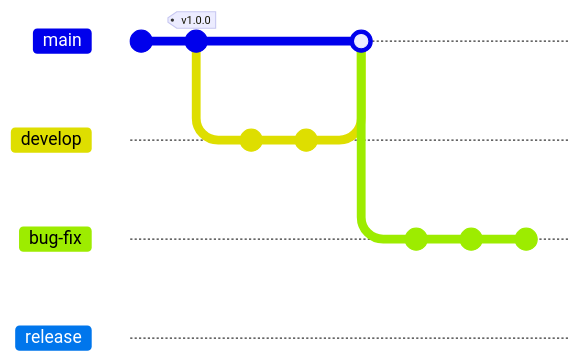
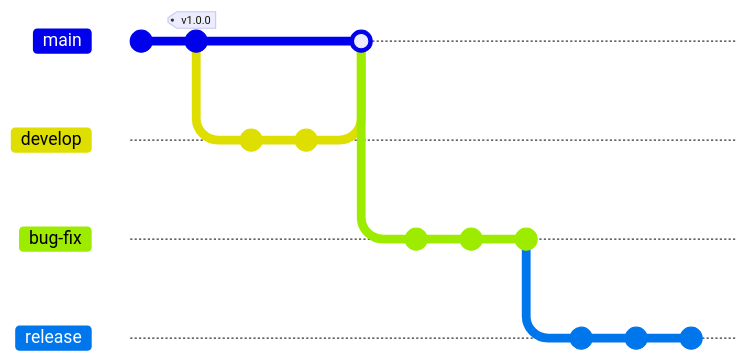
One commit to Kyriosity/read-write changed the diagram in README+/pencraft/README+/essays/README+/SW_architect-aTake.md. Above: the diagram before and after it, drawn with Mermaid. The commit also changed other lines of this file, not shown here. Commit ids are hidden.

Commit message:
🪥SW_architect-aTake.md

````diff
--- a/README+/pencraft/README+/essays/README+/SW_architect-aTake.md
+++ b/README+/pencraft/README+/essays/README+/SW_architect-aTake.md
@@ -79,21 +79,24 @@
 ```mermaid
 ---
 title: 
 ---
 gitGraph
    commit
    commit tag: "v1.0.0"
    branch develop
    checkout develop
    commit
    commit
    checkout main
    merge develop
    branch bug-fix
    commit
 checkout main
 checkout bug-fix
    commit
    commit
  branch release
+   commit
+    commit
+    commit
 ```
````
